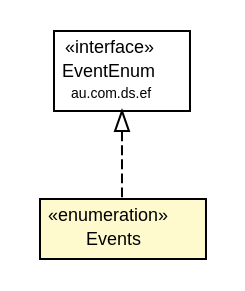
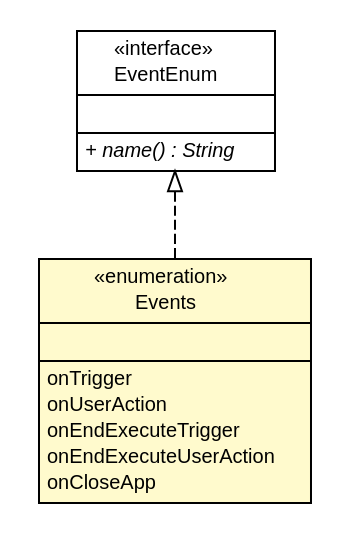
The diagram in javadoc/coreserver/com/connectlife/coreserver/ApplicationStateMachine.Events.dot (ericpinet/ConnectLife), drawn with Graphviz before and after one commit. The commit also changed 432 other files, not shown here.

```diff
--- a/javadoc/coreserver/com/connectlife/coreserver/ApplicationStateMachine.Events.dot
+++ b/javadoc/coreserver/com/connectlife/coreserver/ApplicationStateMachine.Events.dot
@@ -1,29 +1,44 @@
 #!/usr/local/bin/dot
 #
 # Class diagram 
 # Generated by UMLGraph version 5.1 (http://www.umlgraph.org/)
 #
 
 digraph G {
 	edge [fontname="Helvetica",fontsize=10,labelfontname="Helvetica",labelfontsize=10];
 	node [fontname="Helvetica",fontsize=10,shape=plaintext];
 	nodesep=0.25;
 	ranksep=0.5;
 	// com.connectlife.coreserver.ApplicationStateMachine.Events
-	c800 [label=<<table title="com.connectlife.coreserver.ApplicationStateMachine.Events" border="0" cellborder="1" cellspacing="0" cellpadding="2" port="p" bgcolor="lemonChiffon" href="./ApplicationStateMachine.Events.html">
+	c753 [label=<<table title="com.connectlife.coreserver.ApplicationStateMachine.Events" border="0" cellborder="1" cellspacing="0" cellpadding="2" port="p" bgcolor="lemonChiffon" href="./ApplicationStateMachine.Events.html">
 		<tr><td><table border="0" cellspacing="0" cellpadding="1">
 <tr><td align="center" balign="center"> &#171;enumeration&#187; </td></tr>
 <tr><td align="center" balign="center"> Events </td></tr>
 		</table></td></tr>
-		</table>>, fontname="Helvetica", fontcolor="black", fontsize=9.0];
+		<tr><td><table border="0" cellspacing="0" cellpadding="1">
+<tr><td align="left" balign="left">  </td></tr>
+		</table></td></tr>
+		<tr><td><table border="0" cellspacing="0" cellpadding="1">
+<tr><td align="left" balign="left"> onTrigger </td></tr>
+<tr><td align="left" balign="left"> onUserAction </td></tr>
+<tr><td align="left" balign="left"> onEndExecuteTrigger </td></tr>
+<tr><td align="left" balign="left"> onEndExecuteUserAction </td></tr>
+<tr><td align="left" balign="left"> onCloseApp </td></tr>
+		</table></td></tr>
+		</table>>, fontname="Helvetica", fontcolor="black", fontsize=10.0];
 	//com.connectlife.coreserver.ApplicationStateMachine.Events implements au.com.ds.ef.EventEnum
-	c835:p -> c800:p [dir=back,arrowtail=empty,style=dashed];
+	c788:p -> c753:p [dir=back,arrowtail=empty,style=dashed];
 	// au.com.ds.ef.EventEnum
-	c835 [label=<<table title="au.com.ds.ef.EventEnum" border="0" cellborder="1" cellspacing="0" cellpadding="2" port="p" href="http://java.sun.com/j2se/1.4.2/docs/api/au/com/ds/ef/EventEnum.html">
+	c788 [label=<<table title="au.com.ds.ef.EventEnum" border="0" cellborder="1" cellspacing="0" cellpadding="2" port="p" href="http://java.sun.com/j2se/1.4.2/docs/api/au/com/ds/ef/EventEnum.html">
 		<tr><td><table border="0" cellspacing="0" cellpadding="1">
 <tr><td align="center" balign="center"> &#171;interface&#187; </td></tr>
 <tr><td align="center" balign="center"> EventEnum </td></tr>
-<tr><td align="center" balign="center"><font point-size="7.0"> au.com.ds.ef </font></td></tr>
 		</table></td></tr>
-		</table>>, fontname="Helvetica", fontcolor="black", fontsize=9.0];
+		<tr><td><table border="0" cellspacing="0" cellpadding="1">
+<tr><td align="left" balign="left">  </td></tr>
+		</table></td></tr>
+		<tr><td><table border="0" cellspacing="0" cellpadding="1">
+<tr><td align="left" balign="left"><font face="Helvetica-Oblique" point-size="10.0"> + name() : String </font></td></tr>
+		</table></td></tr>
+		</table>>, fontname="Helvetica", fontcolor="black", fontsize=10.0];
 }
```
